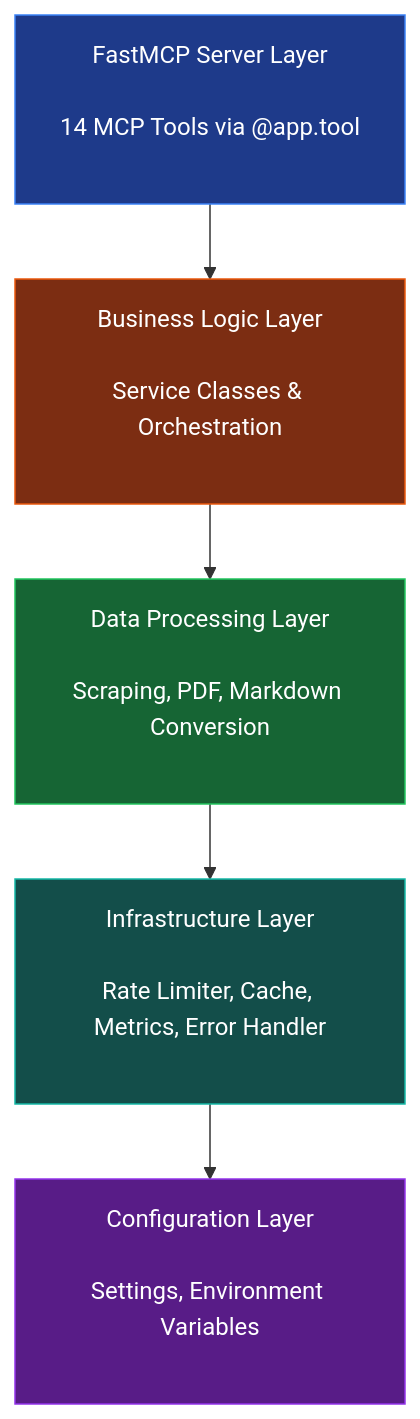
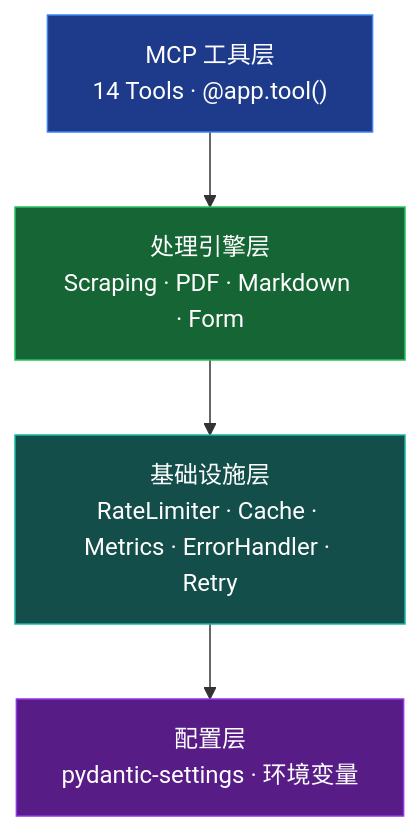
One commit to ThreeFish-AI/data-extractor changed the first of 4 diagrams in docs/1-Framework.md. Above: the diagram before and after it, drawn with Mermaid. The commit also changed other lines of this file, not shown here.

````diff
--- a/docs/1-Framework.md
+++ b/docs/1-Framework.md
@@ -31,13 +29,11 @@
 ```mermaid
 graph TD
-    A["FastMCP Server Layer<br/><br/>14 MCP Tools via @app.tool<br/><br/>"] --> B["Business Logic Layer<br/><br/>Service Classes & Orchestration<br/><br/>"]
-    B --> C["Data Processing Layer<br/><br/>Scraping, PDF, Markdown Conversion<br/><br/>"]
-    C --> D["Infrastructure Layer<br/><br/>Rate Limiter, Cache, Metrics, Error Handler<br/><br/>"]
-    D --> E["Configuration Layer<br/><br/>Settings, Environment Variables<br/><br/>"]
+    A["MCP 工具层<br/>14 Tools · @app.tool()"] --> B["处理引擎层<br/>Scraping · PDF · Markdown · Form"]
+    B --> C["基础设施层<br/>RateLimiter · Cache · Metrics · ErrorHandler · Retry"]
+    C --> D["配置层<br/>pydantic-settings · 环境变量"]
 
     style A fill:#1e3a8a,stroke:#3b82f6,color:#ffffff
-    style B fill:#7c2d12,stroke:#ea580c,color:#ffffff
-    style C fill:#166534,stroke:#22c55e,color:#ffffff
-    style D fill:#134e4a,stroke:#14b8a6,color:#ffffff
-    style E fill:#581c87,stroke:#9333ea,color:#ffffff
+    style B fill:#166534,stroke:#22c55e,color:#ffffff
+    style C fill:#134e4a,stroke:#14b8a6,color:#ffffff
+    style D fill:#581c87,stroke:#9333ea,color:#ffffff
 ```
````
